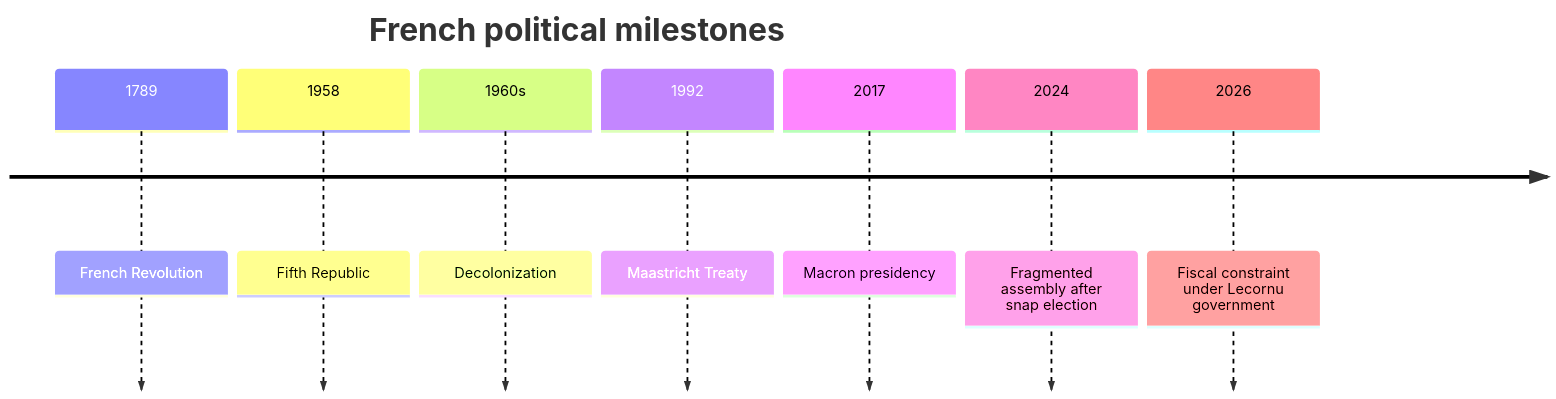
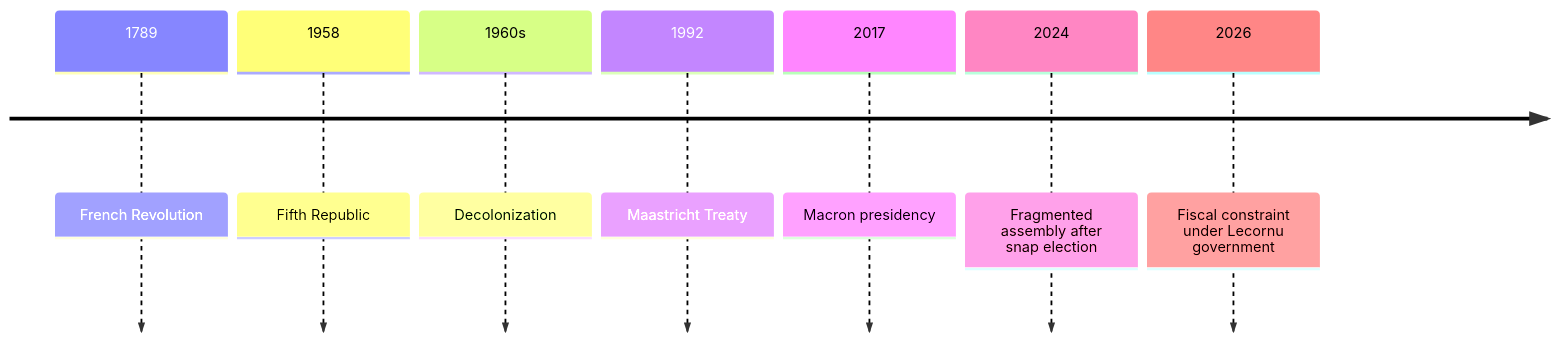
One commit to daylight55/research changed the second of 2 diagrams in articles/report/france-geopolitical-profile/en/index.mdx. Above: the diagram before and after it, drawn with Mermaid. The commit also changed other lines of this file and 181 other files, not shown here.

First line of the commit message:
全記事の図解368点を再生成し、共通注意書きを削除 (#402)

````diff
--- a/articles/report/france-geopolitical-profile/en/index.mdx
+++ b/articles/report/france-geopolitical-profile/en/index.mdx
@@ -44,11 +51,14 @@
 ```mermaid
 timeline
-  title French political milestones
+  accTitle: From French institutional formation to a fragmented parliament
+  accDescr: The chronology connects revolution, the Fifth Republic, decolonization, European integration and recent parliamentary fragmentation.
+  accTitle: From French institutional formation to a fragmented parliament
+  accDescr: The chronology connects revolution, the Fifth Republic, decolonization, European integration and recent parliamentary fragmentation.
   1789 : French Revolution
   1958 : Fifth Republic
   1960s : Decolonization
   1992 : Maastricht Treaty
   2017 : Macron presidency
   2024 : Fragmented assembly after snap election
   2026 : Fiscal constraint under Lecornu government
 ```
````
